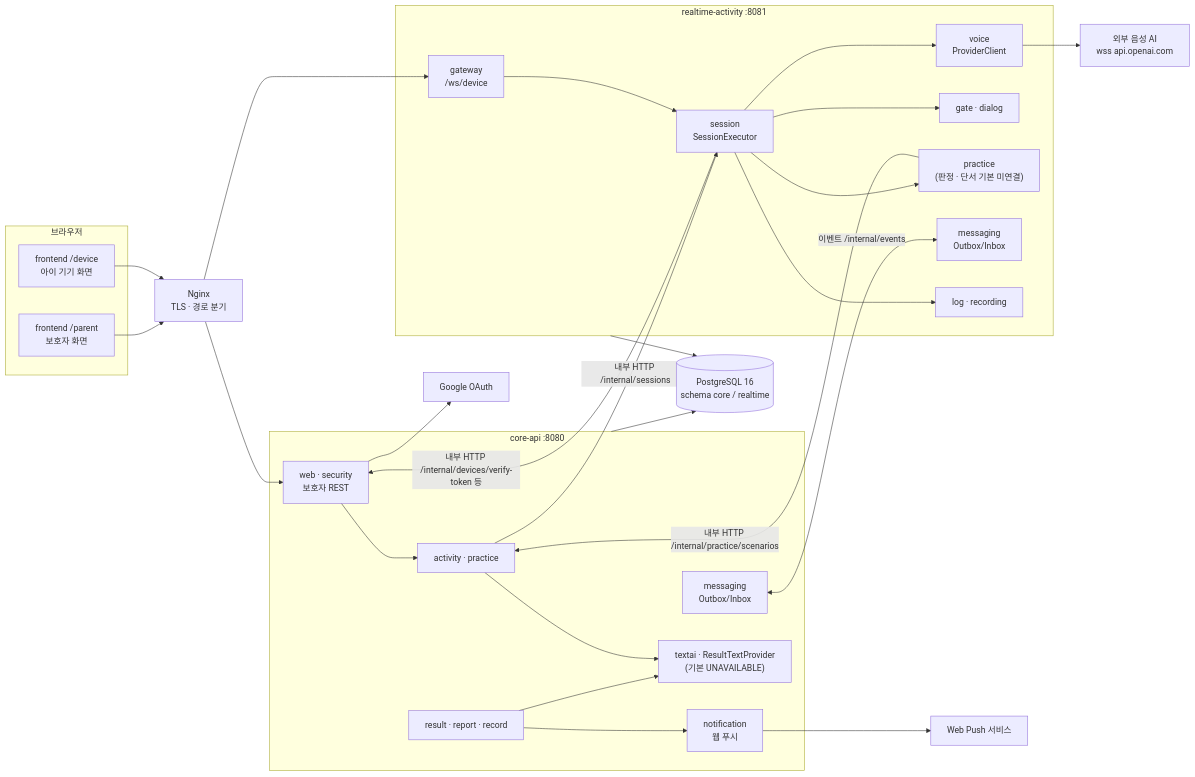
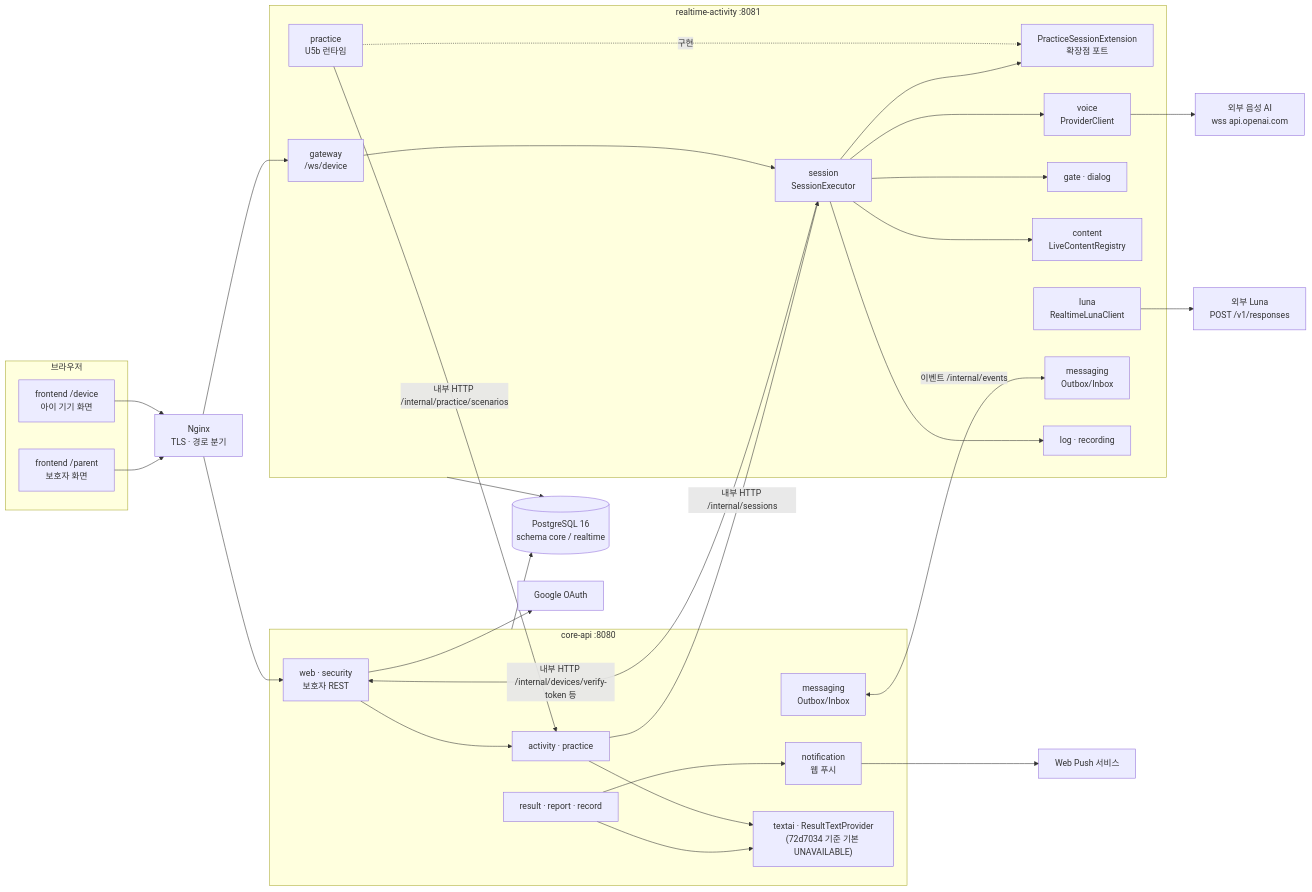
The first of 6 diagrams in aidlc/spaces/default/codekb/mujungi/architecture.md (team-jomyung/mujungi), drawn with Mermaid before and after one commit. The commit also changed other lines of this file and 11 other files, not shown here.

````diff
--- a/aidlc/spaces/default/codekb/mujungi/architecture.md
+++ b/aidlc/spaces/default/codekb/mujungi/architecture.md
@@ -29,51 +32,58 @@
 ```mermaid
 flowchart LR
     subgraph Browser["브라우저"]
         P["frontend /parent<br/>보호자 화면"]
         D["frontend /device<br/>아이 기기 화면"]
     end
     N["Nginx<br/>TLS · 경로 분기"]
     subgraph Core["core-api :8080"]
         CW["web · security<br/>보호자 REST"]
         CA["activity · practice"]
         CR["result · report · record"]
         CN["notification<br/>웹 푸시"]
         CM["messaging<br/>Outbox/Inbox"]
-        CT["textai · ResultTextProvider<br/>(기본 UNAVAILABLE)"]
+        CT["textai · ResultTextProvider<br/>(72d7034 기준 기본 UNAVAILABLE)"]
     end
     subgraph RT["realtime-activity :8081"]
         RG["gateway<br/>/ws/device"]
         RS["session<br/>SessionExecutor"]
+        RX["PracticeSessionExtension<br/>확장점 포트"]
         RV["voice<br/>ProviderClient"]
         RGT["gate · dialog"]
-        RP["practice<br/>(판정 · 단서 기본 미연결)"]
+        RP["practice<br/>U5b 런타임"]
+        RC["content<br/>LiveContentRegistry"]
+        RLU["luna<br/>RealtimeLunaClient"]
         RM["messaging<br/>Outbox/Inbox"]
         RL["log · recording"]
     end
     DB[("PostgreSQL 16<br/>schema core / realtime")]
     VP["외부 음성 AI<br/>wss api.openai.com"]
+    LU["외부 Luna<br/>POST /v1/responses"]
     G["Google OAuth"]
     WP["Web Push 서비스"]
     P --> N
     D --> N
     N --> CW
     N --> RG
     CW --> CA
     CA -- "내부 HTTP /internal/sessions" --> RS
     RS -- "내부 HTTP /internal/devices/verify-token 등" --> CW
     RP -- "내부 HTTP /internal/practice/scenarios" --> CA
     RG --> RS
     RS --> RV
     RS --> RGT
-    RS --> RP
+    RS --> RX
+    RP -.->|"구현"| RX
+    RS --> RC
     RS --> RL
     RV --> VP
+    RLU --> LU
     CM <-->|"이벤트 /internal/events"| RM
     CR --> CT
     CA --> CT
     CR --> CN
     CN --> WP
     CW --> G
     Core --> DB
     RT --> DB
 ```
````
